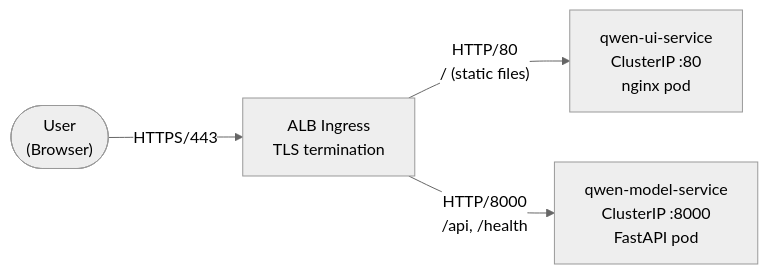
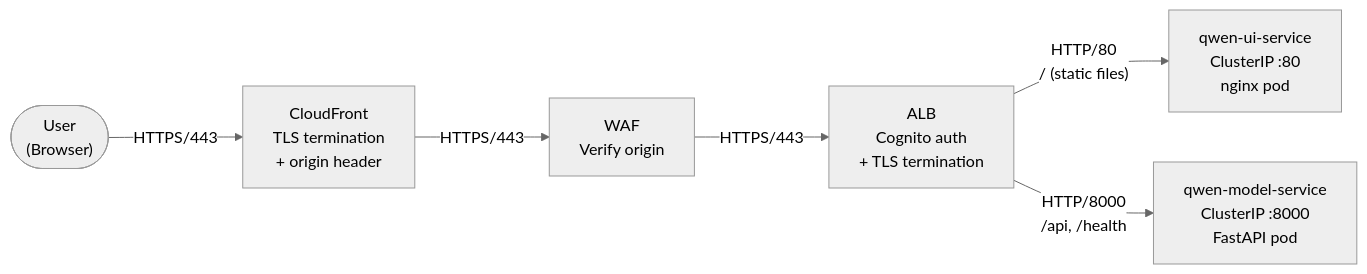
One commit to garystafford/qwen-image-edit-2511-eks-react changed the second of 5 diagrams in README.md. Above: the diagram before and after it, drawn with Mermaid (neutral theme). The commit also changed other lines of this file and 10 other files, not shown here.

First line of the commit message:
Add CloudFront + WAF + Cognito authentication

````diff
--- a/README.md
+++ b/README.md
@@ -35,6 +40,8 @@
 ```mermaid
 graph LR
-    User(["User<br/>(Browser)"]) -->|"HTTPS/443"| ALB["ALB Ingress<br/>TLS termination"]
+    User(["User<br/>(Browser)"]) -->|"HTTPS/443"| CF["CloudFront<br/>TLS termination<br/>+ origin header"]
+    CF -->|"HTTPS/443"| WAF["WAF<br/>Verify origin"]
+    WAF -->|"HTTPS/443"| ALB["ALB<br/>Cognito auth<br/>+ TLS termination"]
     ALB -->|"HTTP/80<br/>/ (static files)"| UI["qwen-ui-service<br/>ClusterIP :80<br/>nginx pod"]
     ALB -->|"HTTP/8000<br/>/api, /health"| Model["qwen-model-service<br/>ClusterIP :8000<br/>FastAPI pod"]
 ```
````
